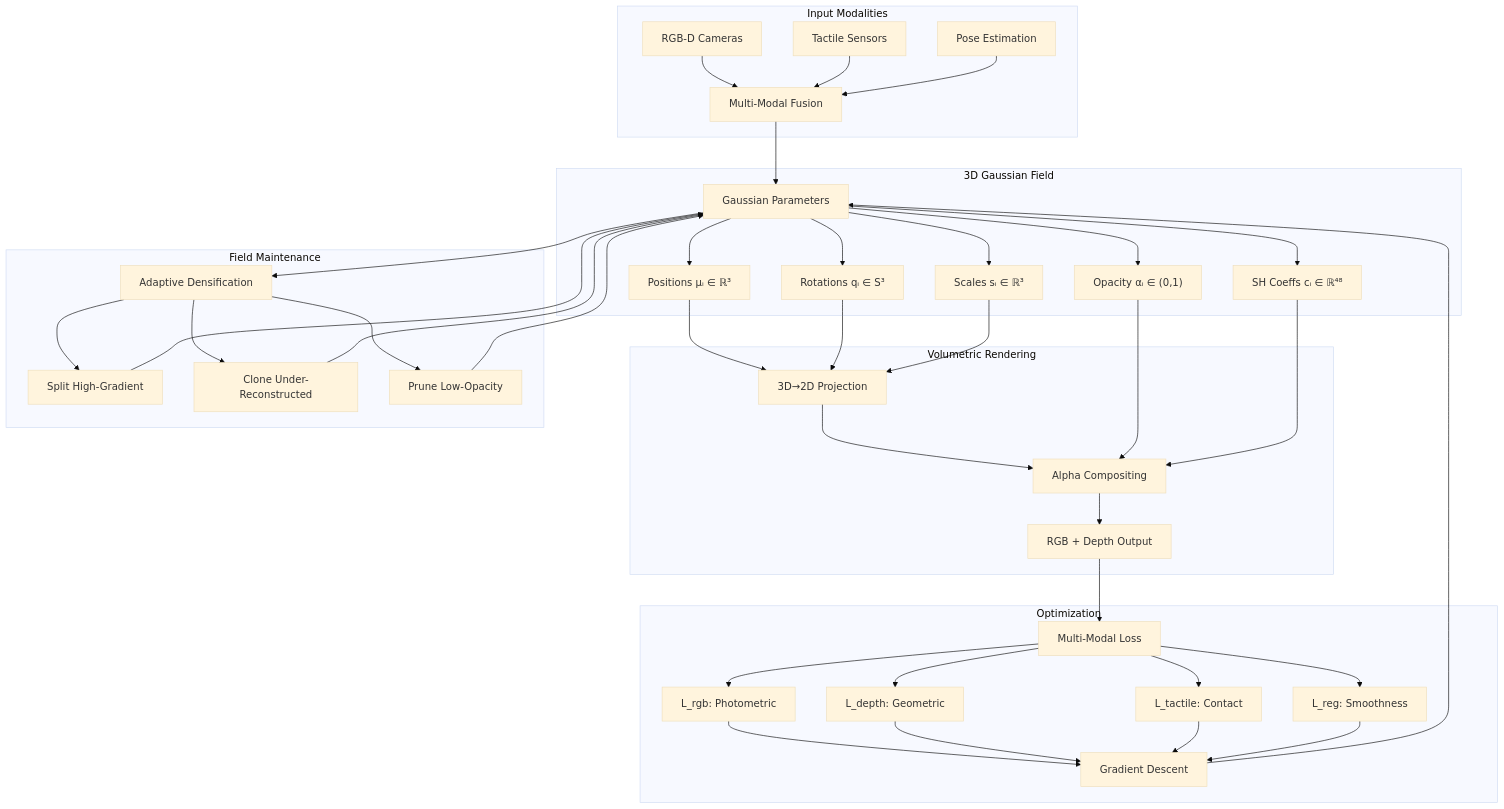
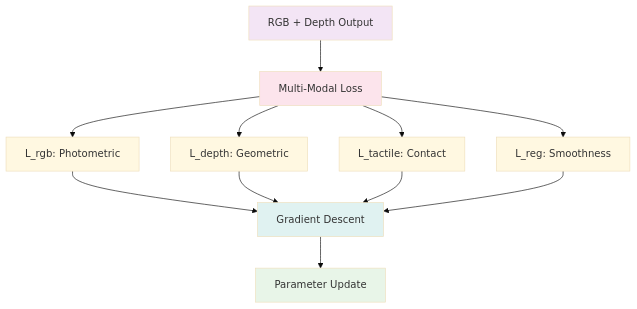
Before and after one commit to KrishiAttriSNU/gaussianfeels: the fourth of 7 diagrams in README.md, drawn with Mermaid (base theme). The commit also changed other lines of this file, not shown here.

````diff
--- a/README.md
+++ b/README.md
@@ -23,50 +67,22 @@
 ```mermaid
 graph TB
-    subgraph "Input Modalities"
-        A[RGB-D Cameras] --> D[Multi-Modal Fusion]
-        B[Tactile Sensors] --> D
-        C[Pose Estimation] --> D
-    end
+    A[RGB + Depth Output] --> B[Multi-Modal Loss]
+    B --> C[L_rgb: Photometric]
+    B --> D[L_depth: Geometric]
+    B --> E[L_tactile: Contact]
+    B --> F[L_reg: Smoothness]
+    C --> G[Gradient Descent]
+    D --> G
+    E --> G
+    F --> G
+    G --> H[Parameter Update]
     
-    subgraph "3D Gaussian Field"
-        D --> E[Gaussian Parameters]
-        E --> E1["Positions μᵢ ∈ ℝ³"]
-        E --> E2["Rotations qᵢ ∈ S³"]
-        E --> E3["Scales sᵢ ∈ ℝ³"]
-        E --> E4["Opacity αᵢ ∈ (0,1)"]
-        E --> E5["SH Coeffs cᵢ ∈ ℝ⁴⁸"]
-    end
-    
-    subgraph "Volumetric Rendering"
-        E1 --> F["3D→2D Projection"]
-        E2 --> F
-        E3 --> F
-        F --> G[Alpha Compositing]
-        E4 --> G
-        E5 --> G
-        G --> H[RGB + Depth Output]
-    end
-    
-    subgraph "Optimization"
-        H --> I[Multi-Modal Loss]
-        I --> I1["L_rgb: Photometric"]
-        I --> I2["L_depth: Geometric"]
-        I --> I3["L_tactile: Contact"]
-        I --> I4["L_reg: Smoothness"]
-        I1 --> J[Gradient Descent]
-        I2 --> J
-        I3 --> J
-        I4 --> J
-        J --> E
-    end
-    
-    subgraph "Field Maintenance"
-        E --> K[Adaptive Densification]
-        K --> K1[Split High-Gradient]
-        K --> K2[Clone Under-Reconstructed] 
-        K --> K3[Prune Low-Opacity]
-        K1 --> E
-        K2 --> E
-        K3 --> E
-    end
+    style A fill:#f3e5f5
+    style B fill:#fce4ec
+    style C fill:#fff8e1
+    style D fill:#fff8e1
+    style E fill:#fff8e1
+    style F fill:#fff8e1
+    style G fill:#e0f2f1
+    style H fill:#e8f5e8
 ```
````
